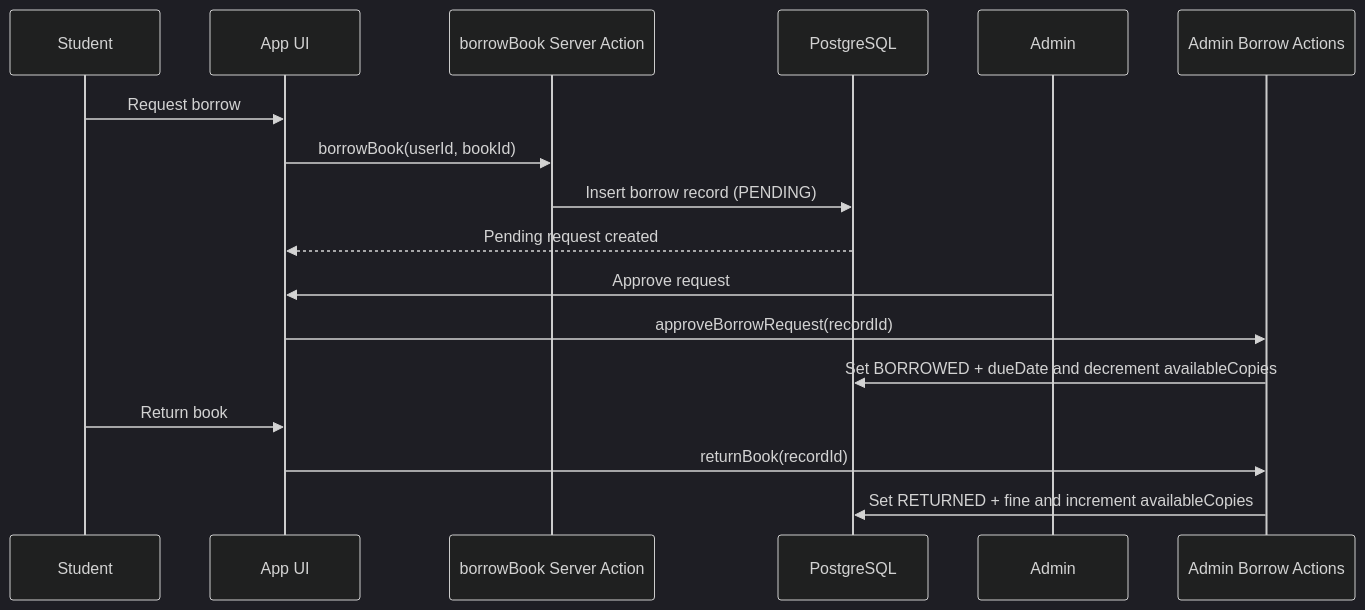
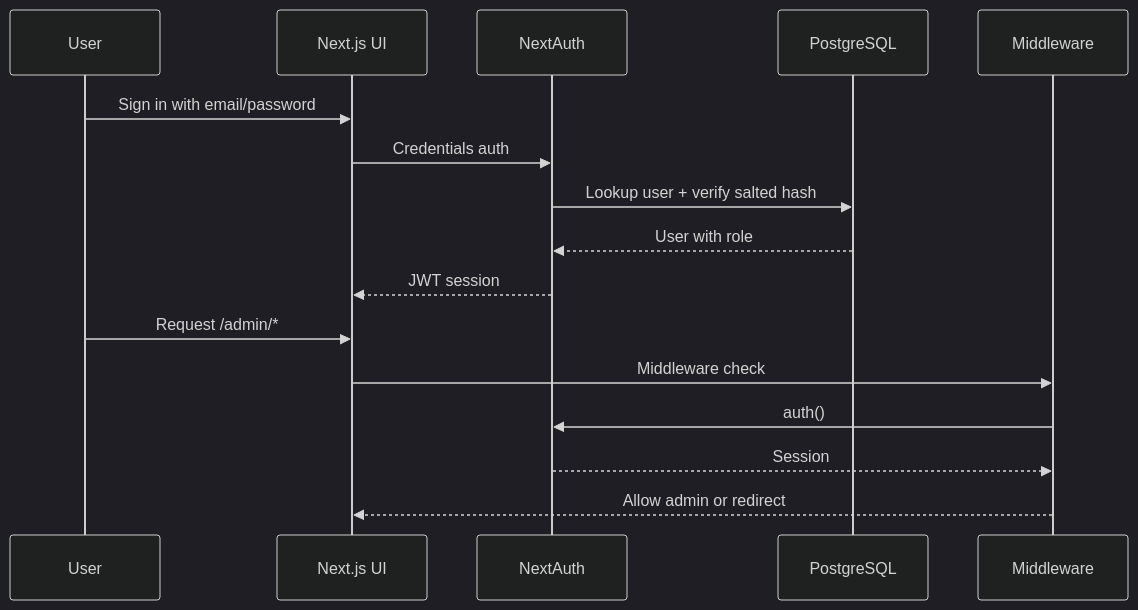
One commit to AnouarMohamed/Mundia_library changed the second of 6 diagrams in README.md. Above: the diagram before and after it, drawn with Mermaid (dark theme). The commit also changed other lines of this file, not shown here.

````diff
--- a/README.md
+++ b/README.md
@@ -75,22 +143,20 @@
 ```mermaid
 sequenceDiagram
-  participant S as Student
-  participant UI as App UI
-  participant SA as borrowBook Server Action
+  participant U as User
+  participant UI as Next.js UI
+  participant NA as NextAuth
   participant DB as PostgreSQL
-  participant AD as Admin
-  participant ASA as Admin Borrow Actions
+  participant MW as Middleware
 
-  S->>UI: Request borrow
-  UI->>SA: borrowBook(userId, bookId)
-  SA->>DB: Insert borrow record (PENDING)
-  DB-->>UI: Pending request created
+  U->>UI: Sign in with email/password
+  UI->>NA: Credentials auth
+  NA->>DB: Lookup user + verify salted hash
+  DB-->>NA: User with role
+  NA-->>UI: JWT session
 
-  AD->>UI: Approve request
-  UI->>ASA: approveBorrowRequest(recordId)
-  ASA->>DB: Set BORROWED + dueDate and decrement availableCopies
-
-  S->>UI: Return book
-  UI->>ASA: returnBook(recordId)
-  ASA->>DB: Set RETURNED + fine and increment availableCopies
+  U->>UI: Request /admin/*
+  UI->>MW: Middleware check
+  MW->>NA: auth()
+  NA-->>MW: Session
+  MW-->>UI: Allow admin or redirect
 ```
````
